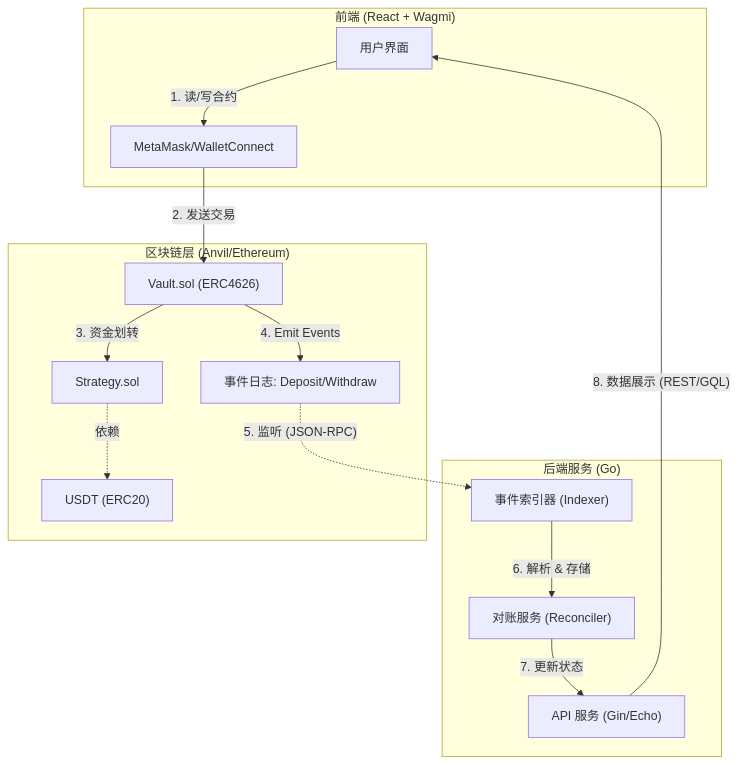
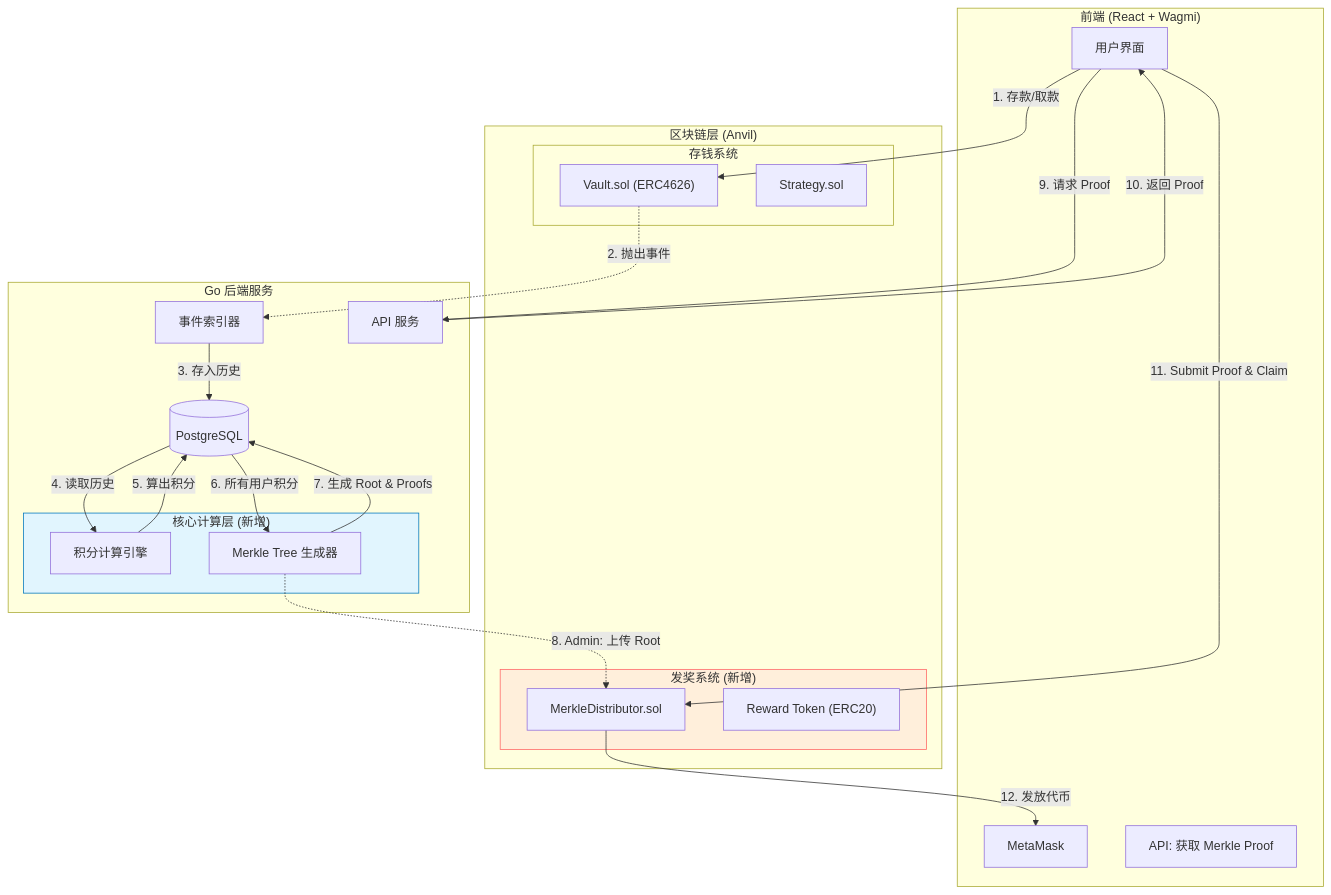
Before and after one commit to yiguangchao/defi-staking: the fifth of 5 diagrams in mermaid/DataFlowArchitecture.md, drawn with Mermaid. The commit also changed other lines of this file and 1 other file, not shown here.

Commit message:
feat: #53 Implement Aave Integration (Real Strategy Integration)

````diff
--- a/mermaid/DataFlowArchitecture.md
+++ b/mermaid/DataFlowArchitecture.md
@@ -84,34 +86,63 @@
 ```mermaid
 graph TD
+    %% 前端层
     subgraph Client ["前端 (React + Wagmi)"]
         UI["用户界面"]
-        Wallet["MetaMask/WalletConnect"]
+        Wallet["MetaMask"]
+        ProofFetcher["API: 获取 Merkle Proof"]
     end
 
-    subgraph Blockchain ["区块链层 (Anvil/Ethereum)"]
-        %% 给括号内容加上引号，避免解析错误
-        Vault["Vault.sol (ERC4626)"]
-        Strategy["Strategy.sol"]
-        Asset["USDT (ERC20)"]
-        Events["事件日志: Deposit/Withdraw"]
+    %% 区块链层
+    subgraph Blockchain ["区块链层 (Anvil)"]
+        subgraph VaultSystem ["存钱系统"]
+            Vault["Vault.sol (ERC4626)"]
+            Strategy["Strategy.sol"]
+        end
+        
+        subgraph RewardSystem ["发奖系统 (新增)"]
+            Distributor["MerkleDistributor.sol"]
+            RewardToken["Reward Token (ERC20)"]
+        end
     end
 
-    subgraph Backend ["后端服务 (Go)"]
-        Indexer["事件索引器 (Indexer)"]
-        Reconciler["对账服务 (Reconciler)"]
-        API["API 服务 (Gin/Echo)"]
+    %% 后端层
+    subgraph Backend ["Go 后端服务"]
+        Indexer["事件索引器"]
+        DB[("PostgreSQL")]
+        
+        subgraph Computation ["核心计算层 (新增)"]
+            RewardEngine["积分计算引擎"]
+            MerkleGen["Merkle Tree 生成器"]
+        end
+        
+        API["API 服务"]
     end
 
-    %% 交互流
-    UI -->|"1. 读/写合约"| Wallet
-    Wallet -->|"2. 发送交易"| Vault
-    Vault -->|"3. 资金划转"| Strategy
-    Strategy -.->|"依赖"| Asset
-    Vault -->|"4. Emit Events"| Events
+    %% --- 交互流 ---
     
-    %% 跨层级数据流
-    Events -.->|"5. 监听 (JSON-RPC)"| Indexer
-    Indexer -->|"6. 解析 & 存储"| Reconciler
-    Reconciler -->|"7. 更新状态"| API
-    API -->|"8. 数据展示 (REST/GQL)"| UI
+    %% 1. 基础存取款
+    UI -->|"1. 存款/取款"| Vault
+    Vault -.->|"2. 抛出事件"| Indexer
+    Indexer -->|"3. 存入历史"| DB
+    
+    %% 2. 积分计算 (我们刚写的代码)
+    DB -->|"4. 读取历史"| RewardEngine
+    RewardEngine -->|"5. 算出积分"| DB
+    
+    %% 3. 生成 Merkle Tree (下一步要做的事)
+    DB -->|"6. 所有用户积分"| MerkleGen
+    MerkleGen -->|"7. 生成 Root & Proofs"| DB
+    
+    %% 4. 管理员上链 (关键闭环)
+    MerkleGen -.->|"8. Admin: 上传 Root"| Distributor
+    
+    %% 5. 用户领奖
+    UI -->|"9. 请求 Proof"| API
+    API -->|"10. 返回 Proof"| UI
+    UI -->|"11. Submit Proof & Claim"| Distributor
+    Distributor -->|"12. 发放代币"| Wallet
+    
+    %% 样式美化
+    style RewardSystem fill:#ffefdb,stroke:#f66
+    style Computation fill:#e1f5fe,stroke:#0277bd
 ```
````
